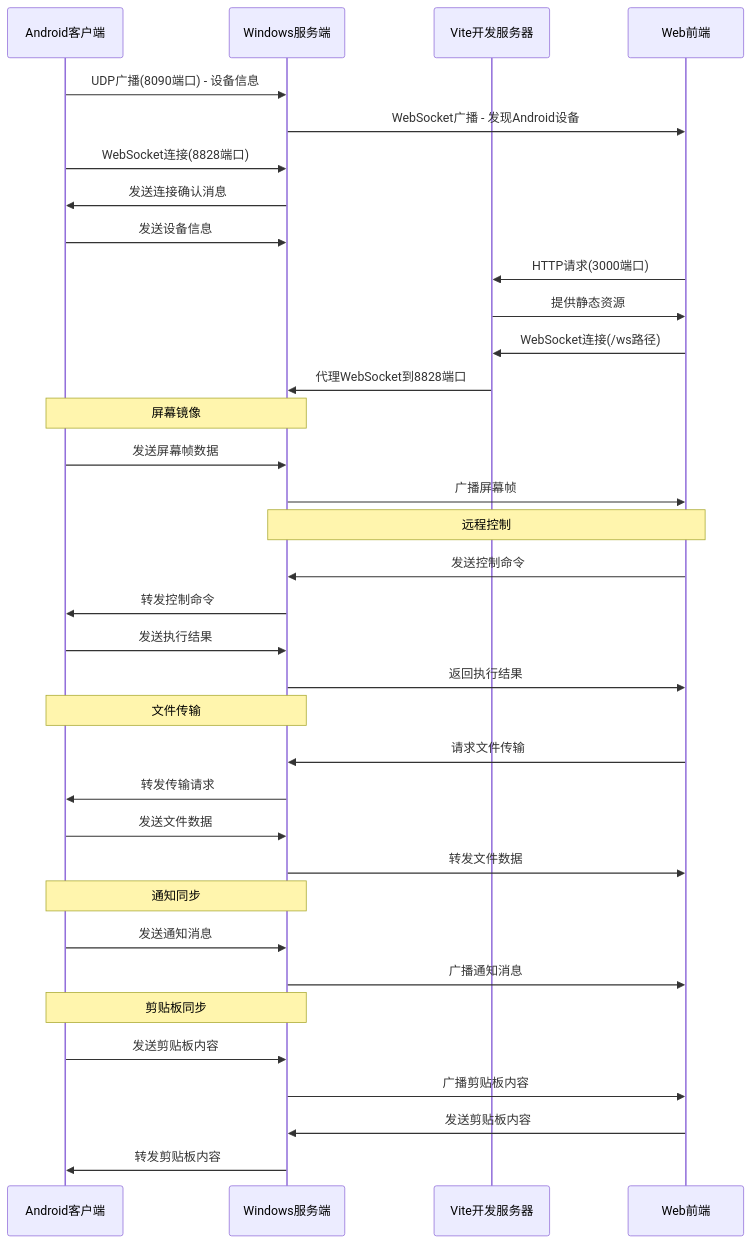
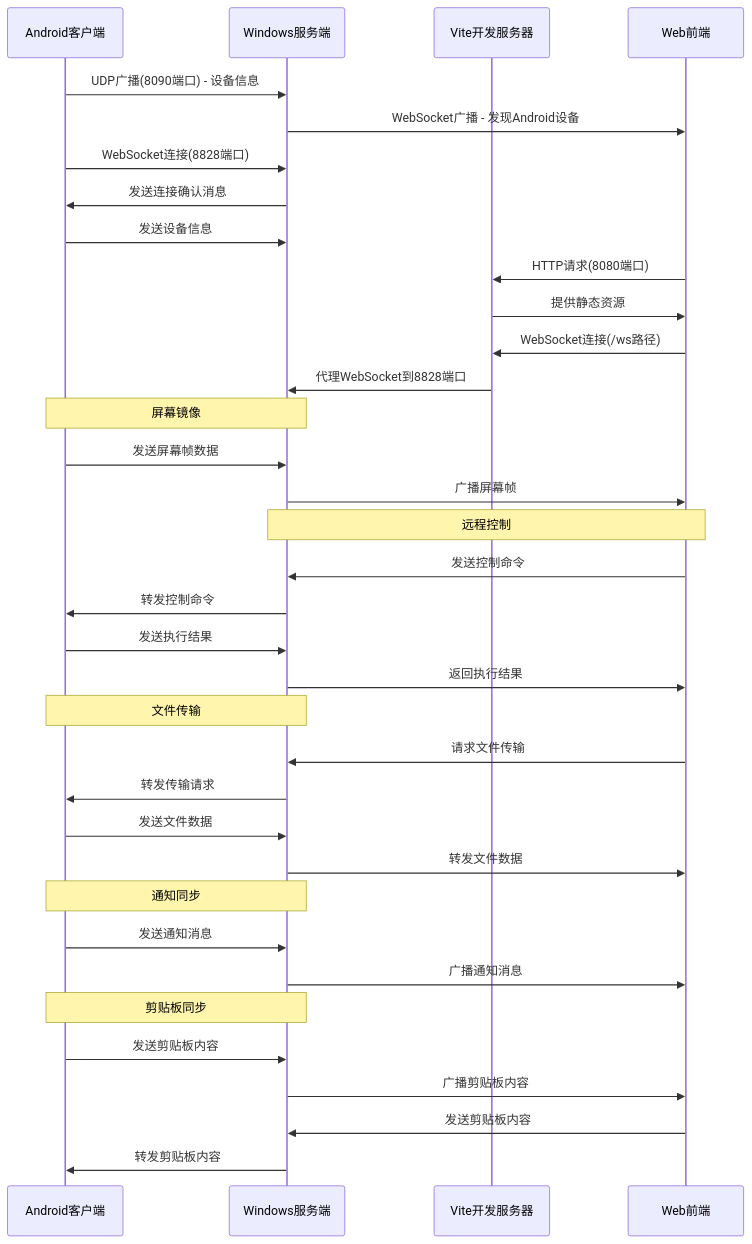
The second of 3 diagrams in 系统架构图.md (franxxyuri/YuukiWebSocket), drawn with Mermaid before and after one commit. The commit also changed other lines of this file and 57 other files, not shown here.

````diff
--- a/系统架构图.md
+++ b/系统架构图.md
@@ -38,49 +38,49 @@
 ```mermaid
 sequenceDiagram
     participant Android as Android客户端
     participant Windows as Windows服务端
     participant Vite as Vite开发服务器
     participant Web as Web前端
     
     %% 设备发现阶段
     Android->>Windows: UDP广播(8090端口) - 设备信息
     Windows->>Web: WebSocket广播 - 发现Android设备
     
     %% 连接建立阶段
     Android->>Windows: WebSocket连接(8828端口)
     Windows->>Android: 发送连接确认消息
     Android->>Windows: 发送设备信息
     
     %% Web前端连接
-    Web->>Vite: HTTP请求(3000端口)
+    Web->>Vite: HTTP请求(8080端口)
     Vite->>Web: 提供静态资源
     Web->>Vite: WebSocket连接(/ws路径)
     Vite->>Windows: 代理WebSocket到8828端口
     
     %% 功能交互阶段
     Note over Android,Windows: 屏幕镜像
     Android->>Windows: 发送屏幕帧数据
     Windows->>Web: 广播屏幕帧
     
     Note over Web,Windows: 远程控制
     Web->>Windows: 发送控制命令
     Windows->>Android: 转发控制命令
     Android->>Windows: 发送执行结果
     Windows->>Web: 返回执行结果
     
     Note over Android,Windows: 文件传输
     Web->>Windows: 请求文件传输
     Windows->>Android: 转发传输请求
     Android->>Windows: 发送文件数据
     Windows->>Web: 转发文件数据
     
     Note over Android,Windows: 通知同步
     Android->>Windows: 发送通知消息
     Windows->>Web: 广播通知消息
     
     Note over Android,Windows: 剪贴板同步
     Android->>Windows: 发送剪贴板内容
     Windows->>Web: 广播剪贴板内容
     Web->>Windows: 发送剪贴板内容
     Windows->>Android: 转发剪贴板内容
 ```
````
